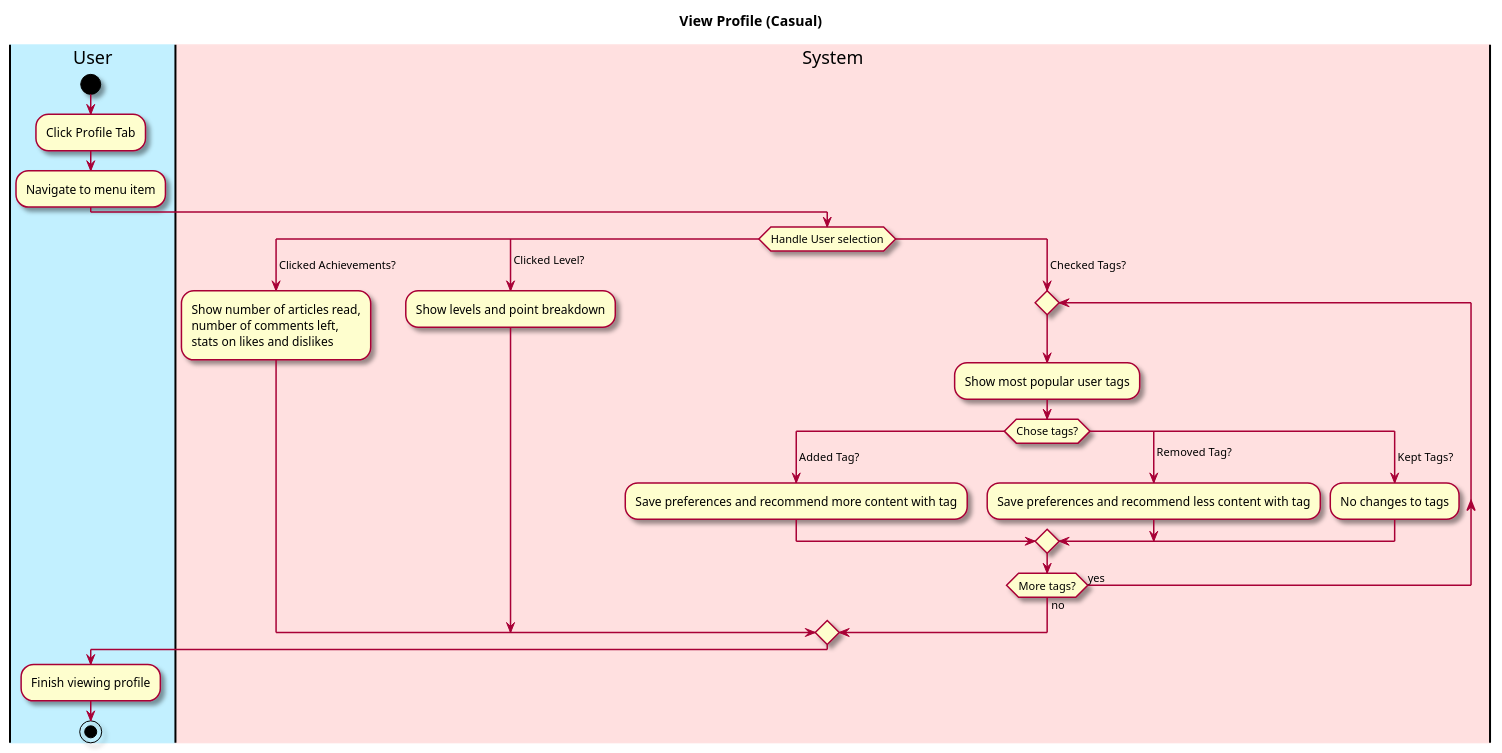
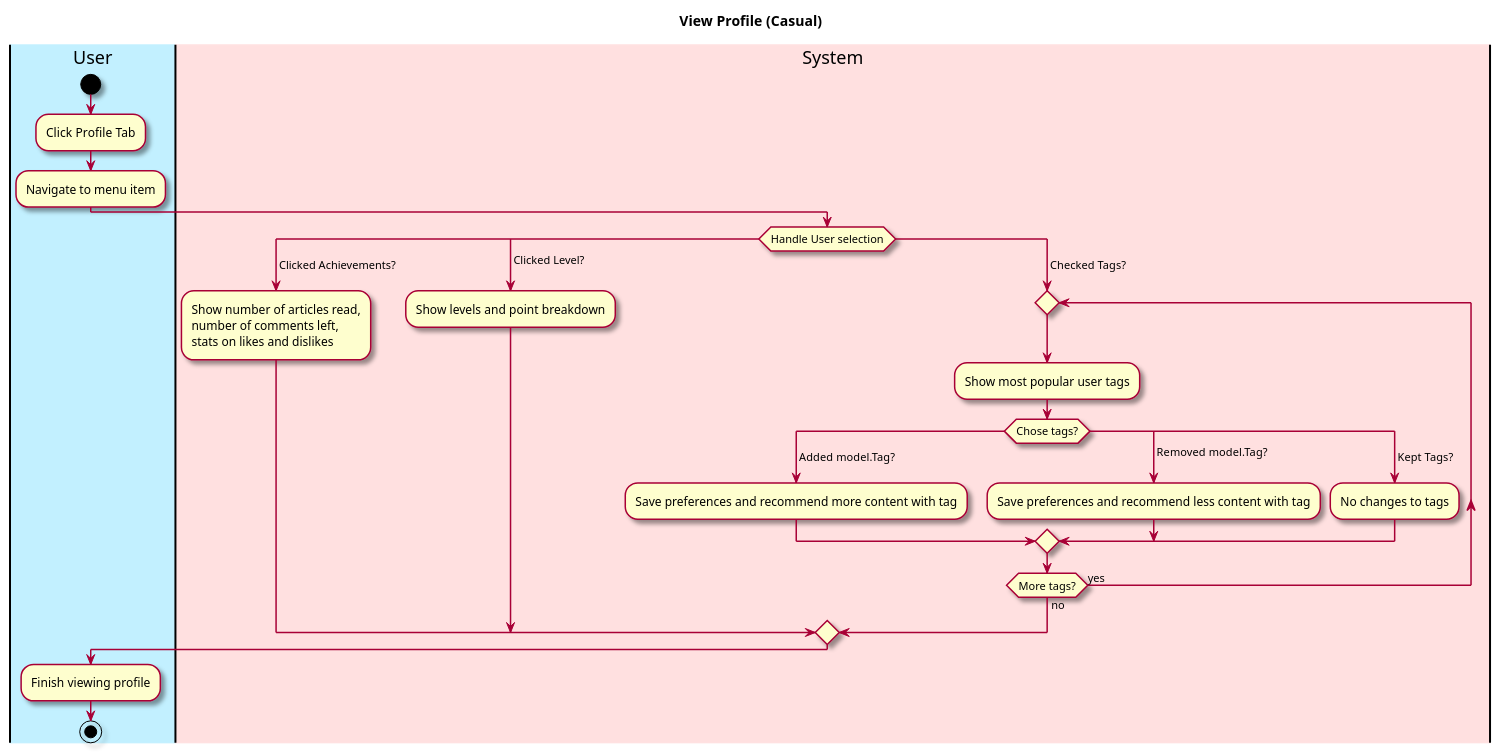
The first of 2 diagrams in intellij/doc/use-cases/view-profile.md (owhitleym-ui/EcoScoop), drawn with PlantUML before and after one commit. The commit also changed other lines of this file and 72 other files, not shown here.

````diff
--- a/intellij/doc/use-cases/view-profile.md
+++ b/intellij/doc/use-cases/view-profile.md
@@ -22,54 +22,54 @@
 ```plantuml
 @startuml
 
 skin rose
 
 title View Profile (Casual)
 
 'define the lanes
 |#application|User|
 |#implementation|System|
 
 |User|
 start
 :Click Profile Tab;
 :Navigate to menu item;
 |System|
 switch (Handle User selection)
 case ( Clicked Achievements?)
     |System|
     :Show number of articles read, 
     number of comments left, 
     stats on likes and dislikes;
 
 case ( Clicked Level?)
     |System|
     :Show levels and point breakdown;
 
 case ( Checked Tags?)
     repeat
     :Show most popular user tags;
     |System|
     switch (Chose tags?)
     |System|
-    case ( Added Tag?)
+    case ( Added model.Tag?)
     |System|
         :Save preferences and recommend more content with tag;
-    case ( Removed Tag?)
+    case ( Removed model.Tag?)
     |System|
         :Save preferences and recommend less content with tag;
     case ( Kept Tags?)
     |System|
         :No changes to tags;
     endswitch
     repeat while (More tags?) is (yes) not (no)
 endswitch
 
 
 
 |User|
 :Finish viewing profile;
 
 stop
 @enduml
 ```
````
